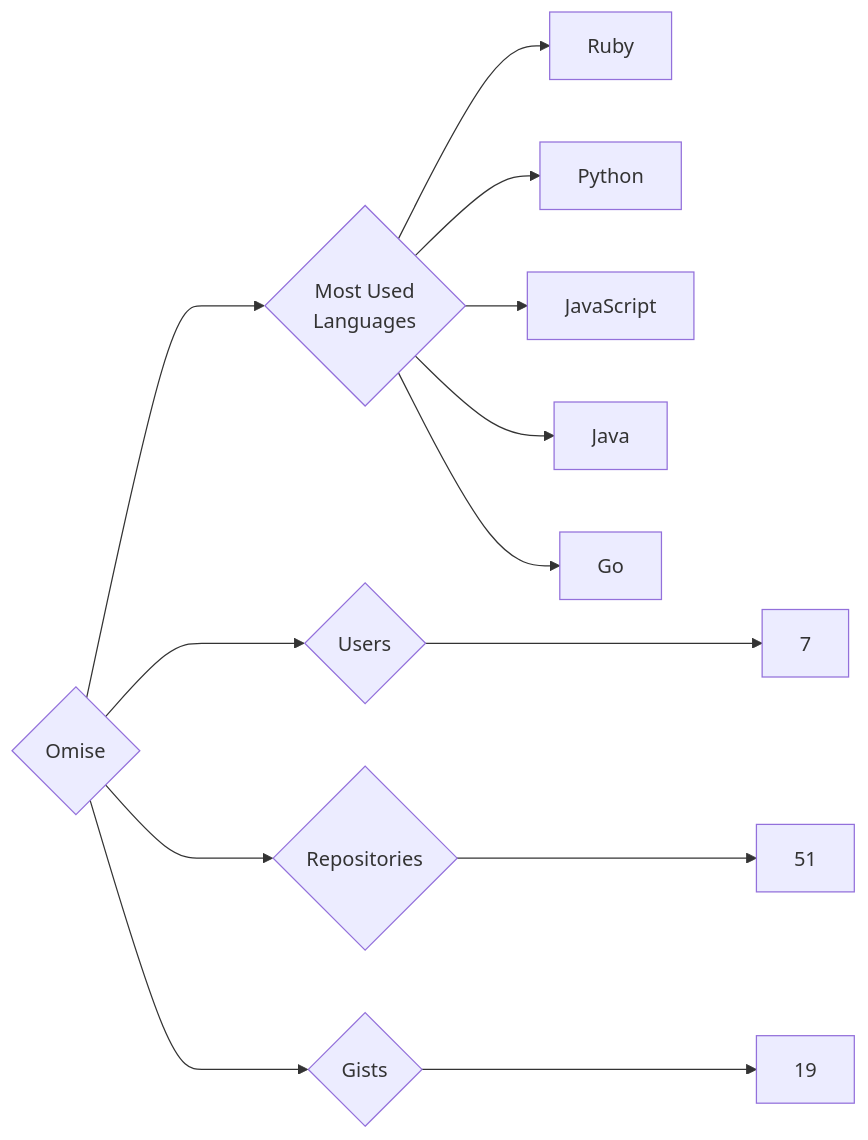
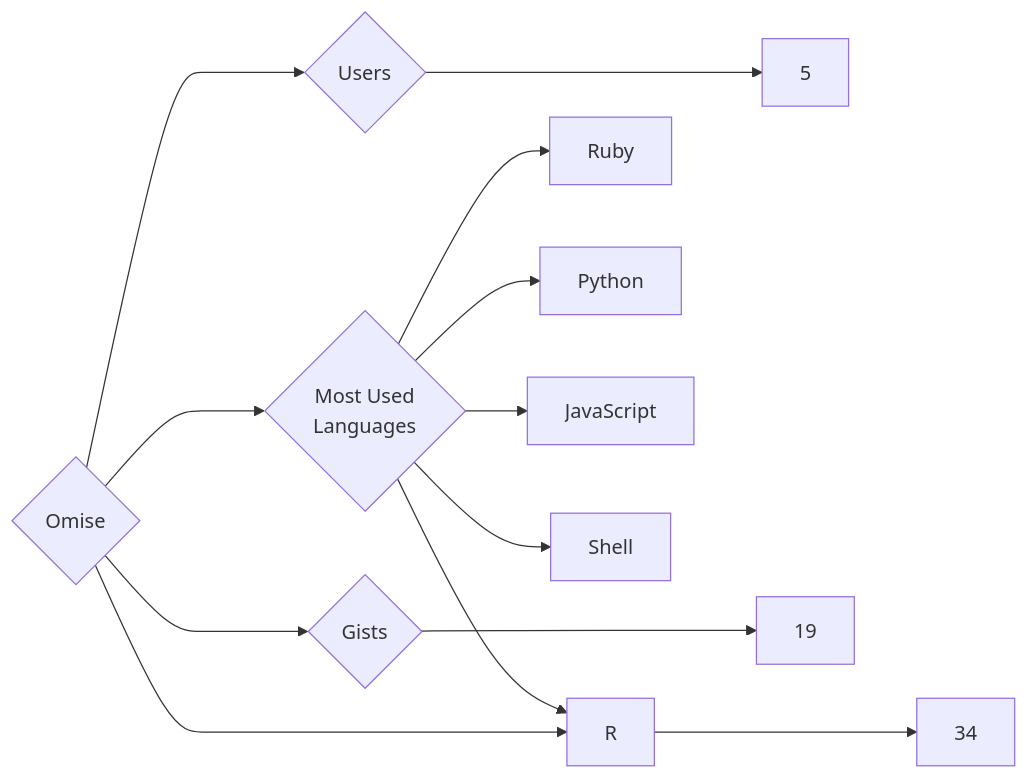
The diagram in targets/Omise/README.md (trickest/insiders), drawn with Mermaid before and after one commit. The commit also changed 1496 other files, not shown here.

````diff
--- a/targets/Omise/README.md
+++ b/targets/Omise/README.md
@@ -3,13 +3,13 @@
 ```mermaid
 graph LR
 COMPANY_NAME{Omise}
-COMPANY_NAME ---> U{Users} ---> UN[7]
-COMPANY_NAME ---> R{Repositories} ---> RN[51]
+COMPANY_NAME ---> U{Users} ---> UN[5]
+COMPANY_NAME ---> R{Repositories} ---> RN[34]
 COMPANY_NAME ---> G{Gists} ---> GN[19]
 COMPANY_NAME ---> ML{Most Used<br>Languages}
 ML --> Ruby[Ruby]
 ML --> Python[Python]
 ML --> JavaScript[JavaScript]
-ML --> Java[Java]
-ML --> Go[Go]
+ML --> Shell[Shell]
+ML --> R[R]
 ```
````
